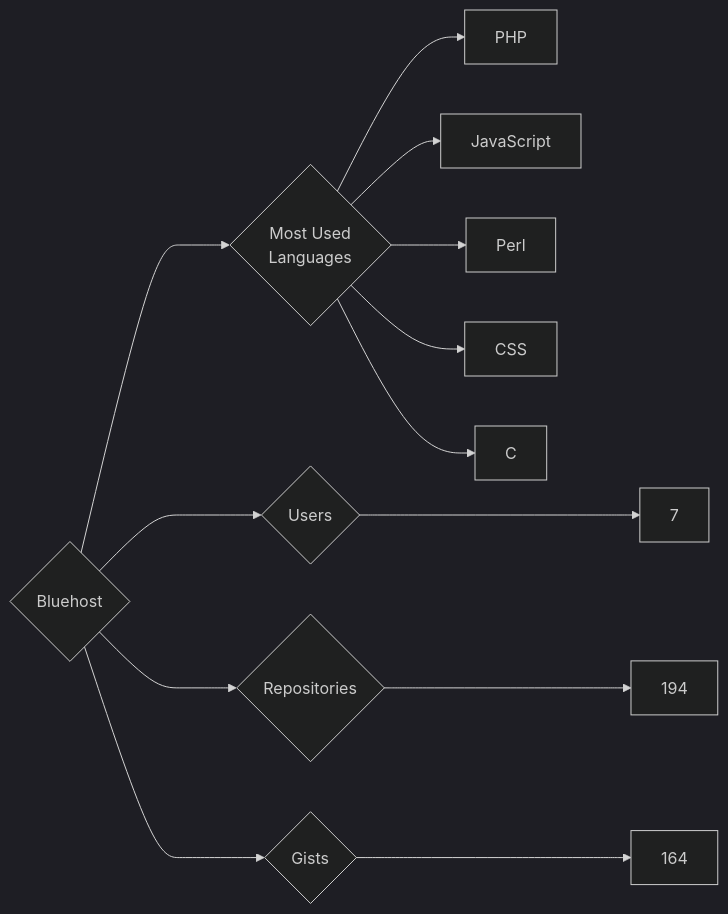
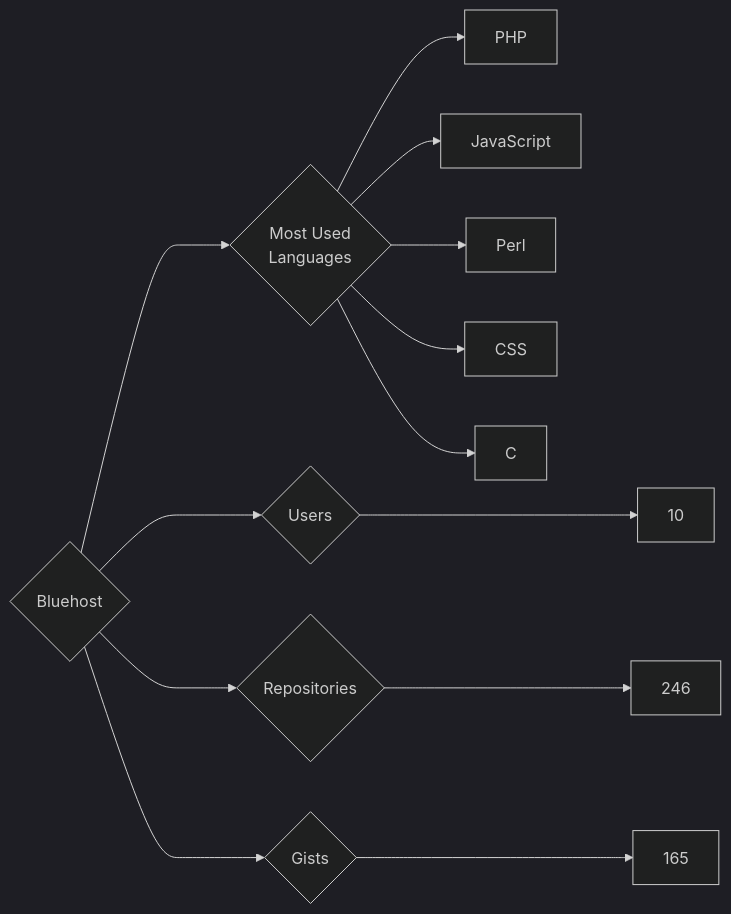
Before and after one commit to trickest/insiders: the diagram in targets/Bluehost/README.md, drawn with Mermaid (dark theme). The commit also changed 912 other files, not shown here.

````diff
--- a/targets/Bluehost/README.md
+++ b/targets/Bluehost/README.md
@@ -3,13 +3,13 @@
 ```mermaid
 graph LR
 COMPANY_NAME{Bluehost}
-COMPANY_NAME ---> U{Users} ---> UN[7]
-COMPANY_NAME ---> R{Repositories} ---> RN[194]
-COMPANY_NAME ---> G{Gists} ---> GN[164]
+COMPANY_NAME ---> U{Users} ---> UN[10]
+COMPANY_NAME ---> R{Repositories} ---> RN[246]
+COMPANY_NAME ---> G{Gists} ---> GN[165]
 COMPANY_NAME ---> ML{Most Used<br>Languages}
 ML --> PHP[PHP]
 ML --> JavaScript[JavaScript]
 ML --> Perl[Perl]
 ML --> CSS[CSS]
 ML --> C[C]
 ```
````
